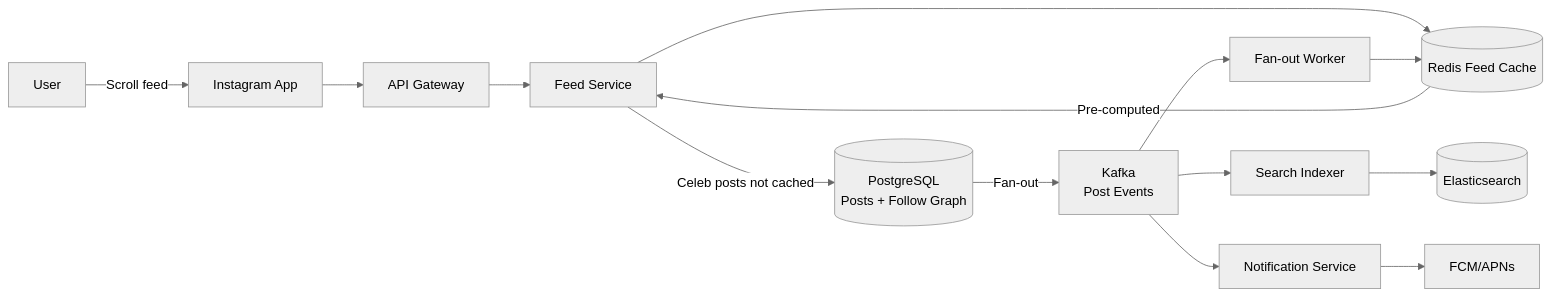
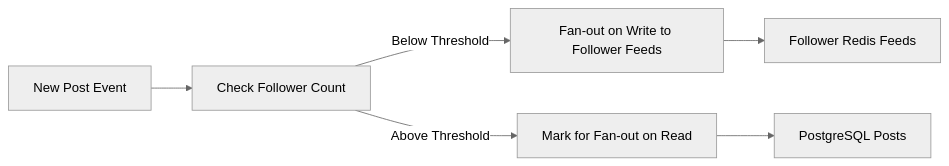
Before and after one commit to abhishekghoshh/system-design-helper: the second of 17 diagrams in docs/system-design/high-level/designing/advanced/instagram.md, drawn with Mermaid (neutral theme). The commit also changed other lines of this file and 107 other files, not shown here.

````diff
--- a/docs/system-design/high-level/designing/advanced/instagram.md
+++ b/docs/system-design/high-level/designing/advanced/instagram.md
@@ -422,16 +223,8 @@
 ```mermaid
 flowchart LR
-  U[User] -->|Scroll feed| App[Instagram App]
-  App --> APIGW[API Gateway]
-  APIGW --> FeedAPI[Feed Service]
-  FeedAPI --> Cache[(Redis Feed Cache)]
-  Cache -->|Pre-computed| FeedAPI
-  FeedAPI -->|Celeb posts not cached| DB[(PostgreSQL<br/>Posts + Follow Graph)]
-  DB -->|Fan-out| Queue[Kafka<br/>Post Events]
-  Queue --> Fanout[Fan-out Worker]
-  Fanout --> Cache
-  Queue --> Search[Search Indexer]
-  Search --> Elastic[(Elasticsearch)]
-  Queue --> Notif[Notification Service]
-  Notif --> FCM[FCM/APNs]
+    NewPost[New Post Event] --> Check[Check Follower Count]
+    Check -->|Below Threshold| Push[Fan-out on Write to Follower Feeds]
+    Check -->|Above Threshold| Pull[Mark for Fan-out on Read]
+    Push --> Cache[Follower Redis Feeds]
+    Pull --> DB[PostgreSQL Posts]
 ```
````
